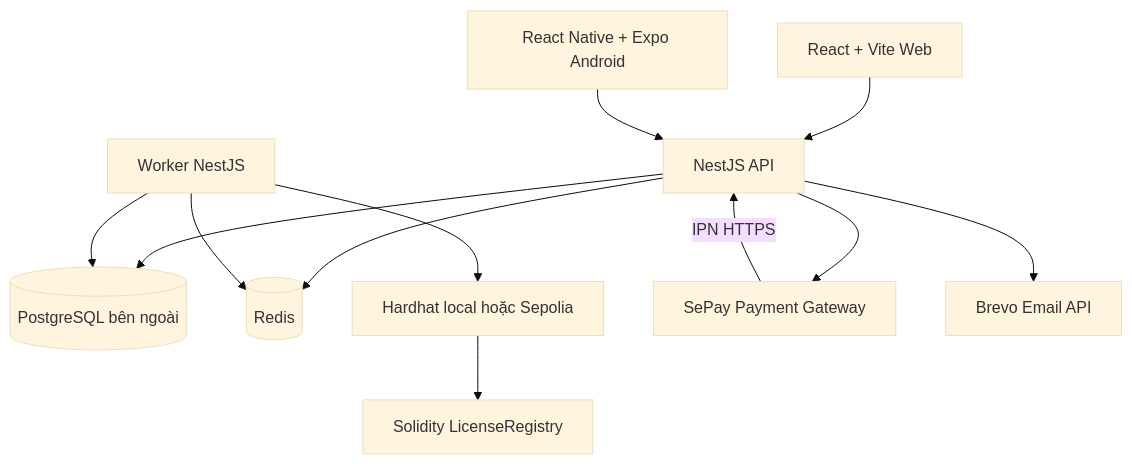
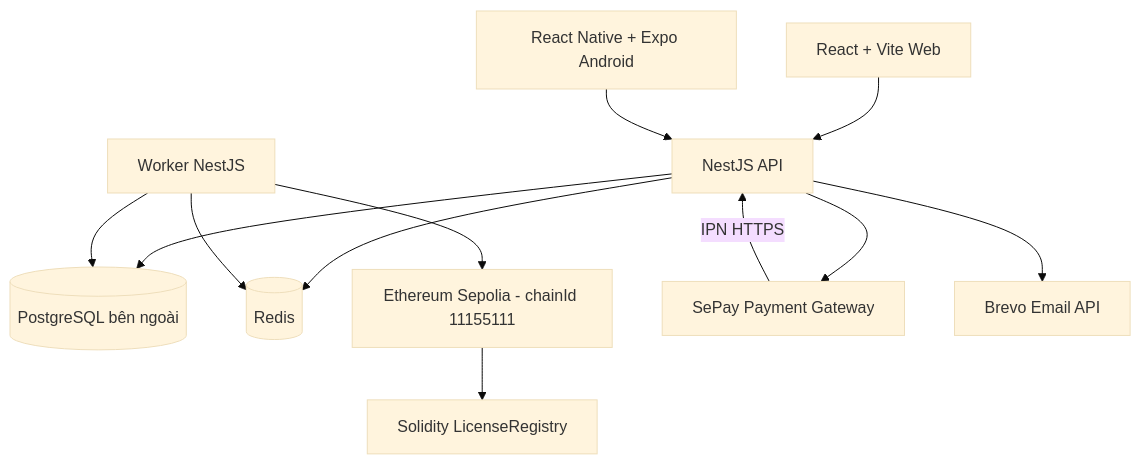
Before and after one commit to crchinhle/MCP_API: the diagram in context/current/cong_nghe_he_thong.md, drawn with Mermaid (base theme). The commit also changed other lines of this file and 51 other files, not shown here.

````diff
--- a/context/current/cong_nghe_he_thong.md
+++ b/context/current/cong_nghe_he_thong.md
@@ -17,14 +17,14 @@
 ```mermaid
 flowchart TB
     Web[React + Vite Web] --> API[NestJS API]
     Mobile[React Native + Expo Android] --> API
     API --> PostgreSQL[(PostgreSQL bên ngoài)]
     API --> Redis[(Redis)]
     Worker[Worker NestJS] --> PostgreSQL
     Worker --> Redis
-    Worker --> EVM[Hardhat local hoặc Sepolia]
+    Worker --> EVM[Ethereum Sepolia - chainId 11155111]
     API --> SePay[SePay Payment Gateway]
     SePay -->|IPN HTTPS| API
     API --> Brevo[Brevo Email API]
     EVM --> Contract[Solidity LicenseRegistry]
 ```
````
